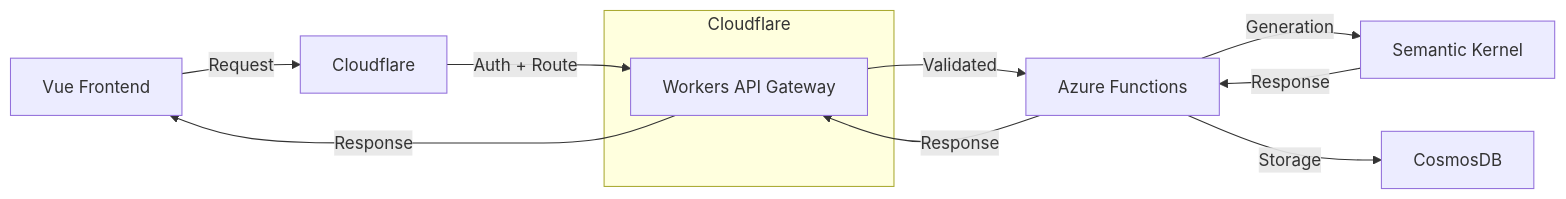
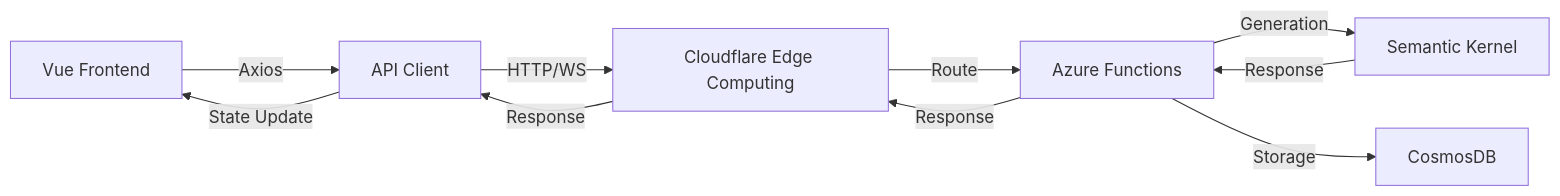
One commit to eric-fern/wizardteach changed the first of 3 diagrams in README.md. Above: the diagram before and after it, drawn with Mermaid. The commit also changed other lines of this file and 1489 other files, not shown here.

````diff
--- a/README.md
+++ b/README.md
@@ -12,14 +29,12 @@
 ```mermaid
 graph LR
-    UI[Vue Frontend] -->|Request| CF[Cloudflare]
-    subgraph Cloudflare
-        CFW[Workers API Gateway]
-    end
-    CF -->|Auth + Route| CFW
-    CFW -->|Validated| AF[Azure Functions]
+    UI[Vue Frontend] -->|Axios| AC[API Client]
+    AC -->|HTTP/WS| CF[Cloudflare Edge Computing]
+    CF -->|Route| AF[Azure Functions]
     AF -->|Generation| SK[Semantic Kernel]
     AF -->|Storage| DB[CosmosDB]
     SK -->|Response| AF
-    AF -->|Response| CFW
-    CFW -->|Response| UI
+    AF -->|Response| CF
+    CF -->|Response| AC
+    AC -->|State Update| UI
 ```
````
